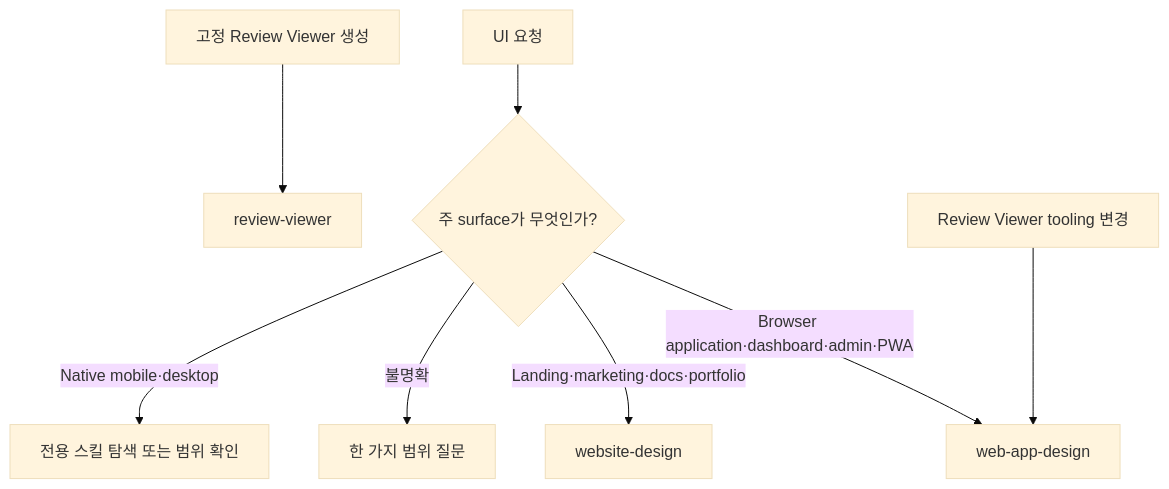
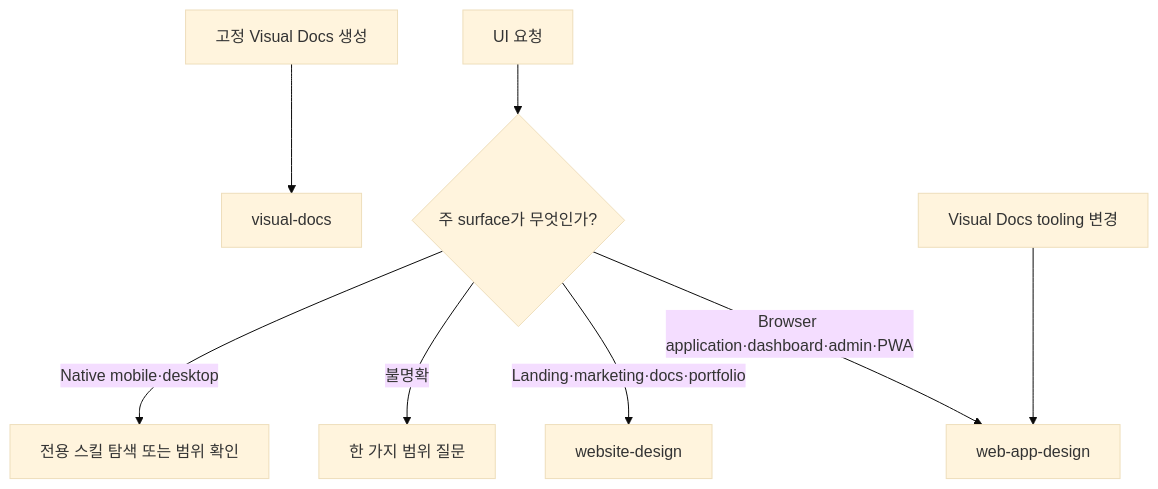
One commit to hope1026/aiagent-plugins changed the diagram in docs/specs/forge-ui-design-skill-separation/forge-ui-design-skill-separation.md. Above: the diagram before and after it, drawn with Mermaid (base theme). The commit also changed other lines of this file and 103 other files, not shown here.

Commit message:
feat(forge): replace review viewer with visual docs

````diff
--- a/docs/specs/forge-ui-design-skill-separation/forge-ui-design-skill-separation.md
+++ b/docs/specs/forge-ui-design-skill-separation/forge-ui-design-skill-separation.md
@@ -24,10 +24,10 @@
 ```mermaid
 flowchart TD
     A["UI 요청"] --> B{"주 surface가 무엇인가?"}
     B -->|"Browser application·dashboard·admin·PWA"| C["web-app-design"]
     B -->|"Landing·marketing·docs·portfolio"| D["website-design"]
     B -->|"불명확"| E["한 가지 범위 질문"]
     B -->|"Native mobile·desktop"| F["전용 스킬 탐색 또는 범위 확인"]
-    G["고정 Review Viewer 생성"] --> H["review-viewer"]
-    I["Review Viewer tooling 변경"] --> C
+    G["고정 Visual Docs 생성"] --> H["visual-docs"]
+    I["Visual Docs tooling 변경"] --> C
 ```
````
